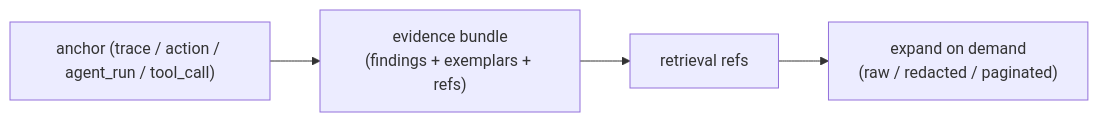
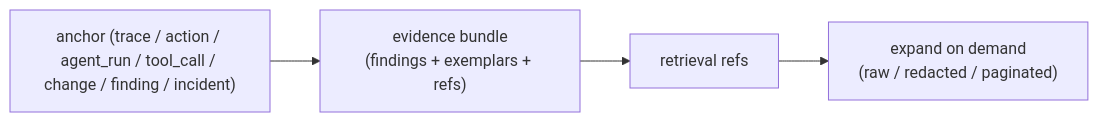
One commit to dev-sawan-ruparel/obs-unified changed the diagram in apps/docs/content/docs/evidence-retrieval.mdx. Above: the diagram before and after it, drawn with Mermaid. The commit also changed other lines of this file and 6 other files, not shown here.

````diff
--- a/apps/docs/content/docs/evidence-retrieval.mdx
+++ b/apps/docs/content/docs/evidence-retrieval.mdx
@@ -24,6 +24,6 @@
 ```mermaid
 flowchart LR
-  anchor["anchor (trace / action / agent_run / tool_call)"] --> bundle["evidence bundle\n(findings + exemplars + refs)"]
+  anchor["anchor (trace / action / agent_run / tool_call / change / finding / incident)"] --> bundle["evidence bundle\n(findings + exemplars + refs)"]
   bundle --> refs["retrieval refs"]
   refs --> expand["expand on demand\n(raw / redacted / paginated)"]
 ```
````
